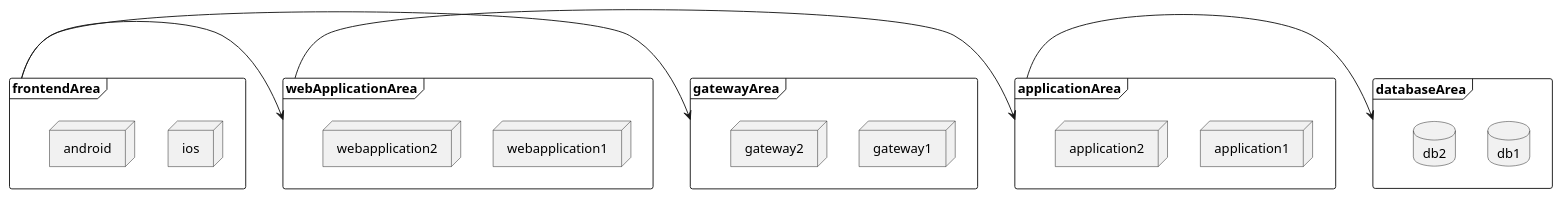
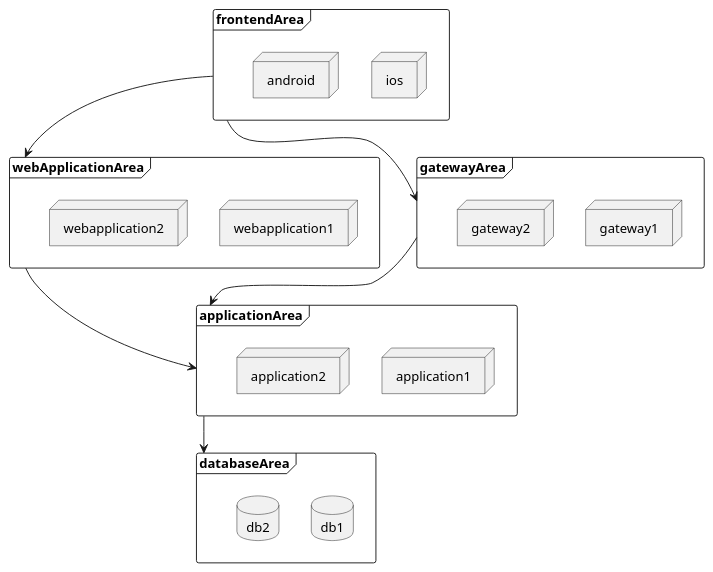
Before and after one commit to Wang-Ray/Wang-Ray.github.io: the diagram in assets/plantuml/deploy.md, drawn with PlantUML. The commit also changed 2 other files, not shown here.

Commit message:
alter line style

````diff
--- a/assets/plantuml/deploy.md
+++ b/assets/plantuml/deploy.md
@@ -1,29 +1,30 @@
 ```plantuml
 @startuml
 frame frontendArea {
     node ios
     node android
 }
 frame webApplicationArea {
     node webapplication1
     node webapplication2
 }
 frame gatewayArea {
     node gateway1
     node gateway2
 }
 frame applicationArea {
     node application1
     node application2
 }
 frame databaseArea {
     database db1
     database db2
 }
 
-frontendArea -> webApplicationArea
-frontendArea -> gatewayArea
-webApplicationArea -> applicationArea
-applicationArea -> databaseArea
+frontendArea --> webApplicationArea
+frontendArea --> gatewayArea
+webApplicationArea --> applicationArea
+gatewayArea --> applicationArea
+applicationArea --> databaseArea
 @enduml
 ```
````
